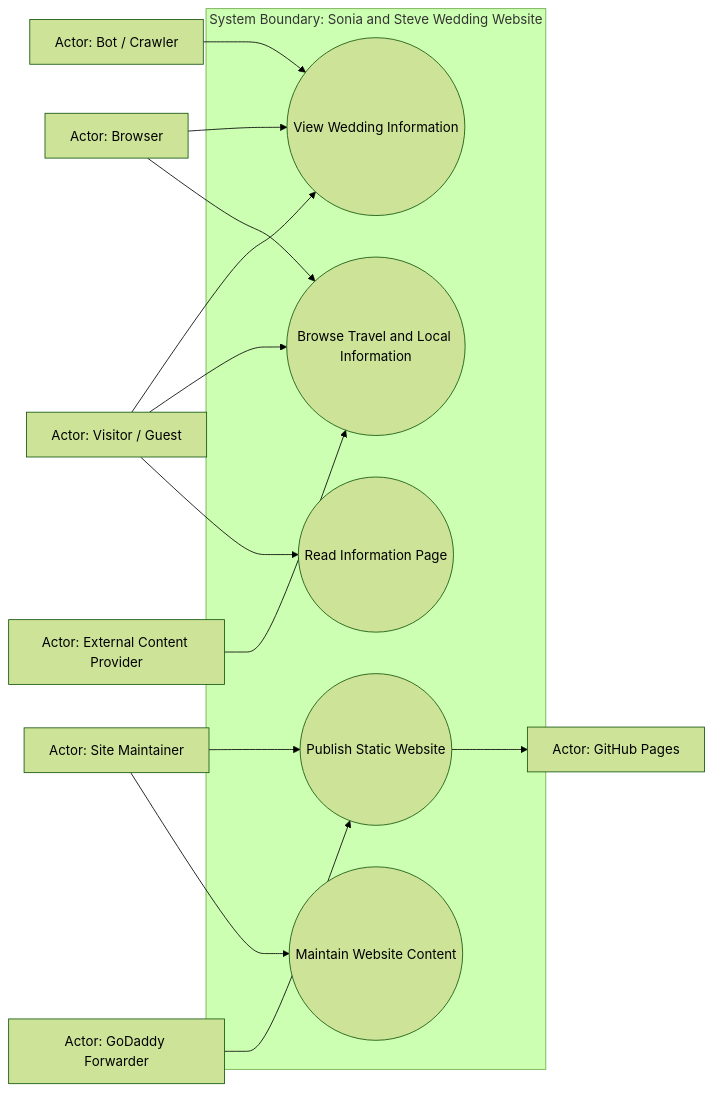
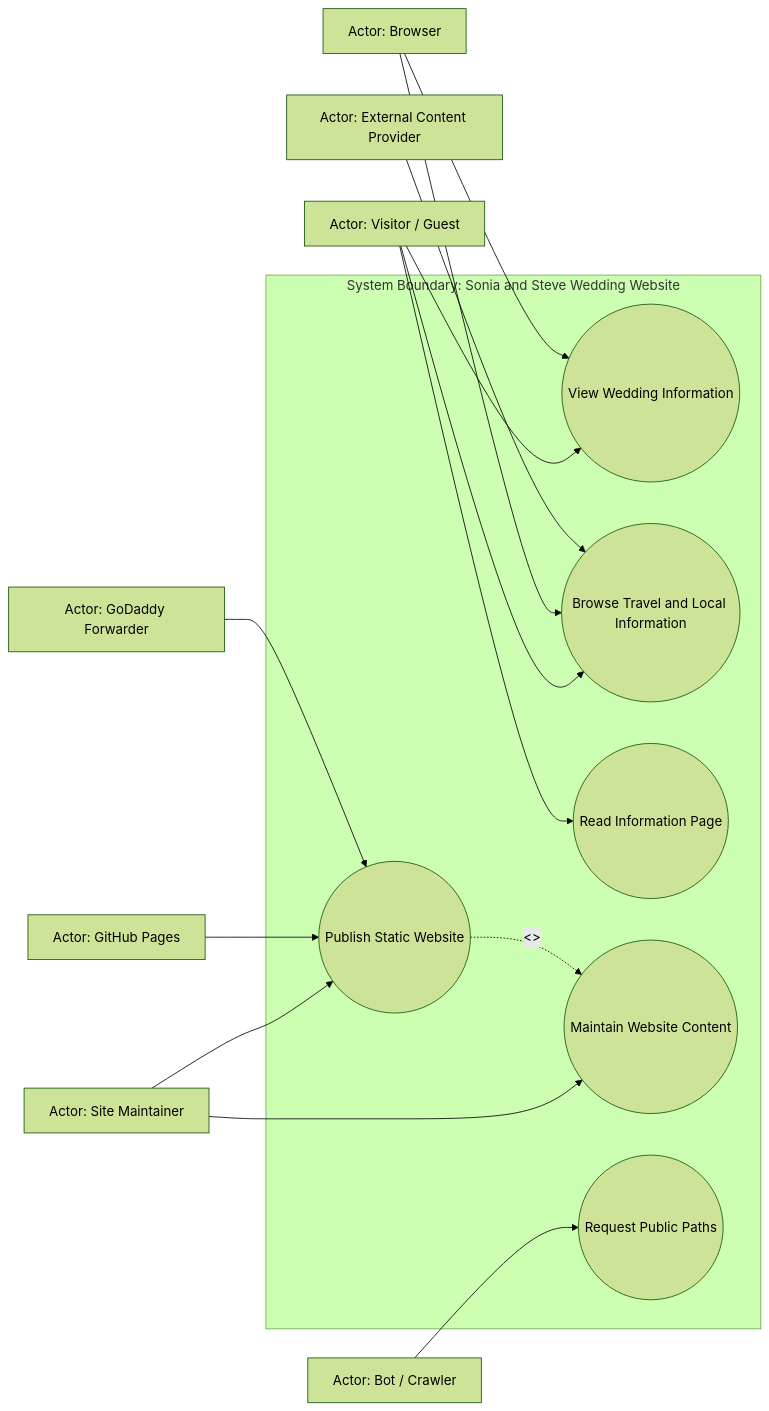
Before and after one commit to skeller01/wedding-website: the second of 4 diagrams in documentation/requirements/current-state-design.md, drawn with Mermaid (forest theme). The commit also changed other lines of this file and 10 other files, not shown here.

````diff
--- a/documentation/requirements/current-state-design.md
+++ b/documentation/requirements/current-state-design.md
@@ -261,30 +161,33 @@
 ```mermaid
 flowchart LR
   Guest[Actor: Visitor / Guest]
   Maintainer[Actor: Site Maintainer]
   Browser[Actor: Browser]
-  External[Actor: External Content Provider]
   Pages[Actor: GitHub Pages]
   GoDaddy[Actor: GoDaddy Forwarder]
+  Provider[Actor: External Content Provider]
   Bot[Actor: Bot / Crawler]
 
   subgraph System["System Boundary: Sonia and Steve Wedding Website"]
-    UC001((View Wedding Information))
-    UC002((Browse Travel and Local Information))
-    UC003((Read Information Page))
-    UC004((Publish Static Website))
-    UC005((Maintain Website Content))
+    UC1((View Wedding Information))
+    UC2((Browse Travel and Local Information))
+    UC3((Read Information Page))
+    UC4((Publish Static Website))
+    UC5((Maintain Website Content))
+    UC6((Request Public Paths))
   end
 
-  Guest --> UC001
-  Guest --> UC002
-  Guest --> UC003
-  Browser --> UC001
-  Browser --> UC002
-  External --> UC002
-  Maintainer --> UC004
-  Maintainer --> UC005
-  UC004 --> Pages
-  GoDaddy --> UC004
-  Bot --> UC001
+  Guest --> UC1
+  Guest --> UC2
+  Guest --> UC3
+  Browser --> UC1
+  Browser --> UC2
+  Provider --> UC2
+  Maintainer --> UC4
+  Maintainer --> UC5
+  Pages --> UC4
+  GoDaddy --> UC4
+  Bot --> UC6
+
+  UC4 -. "<<include>>" .-> UC5
 ```
````
